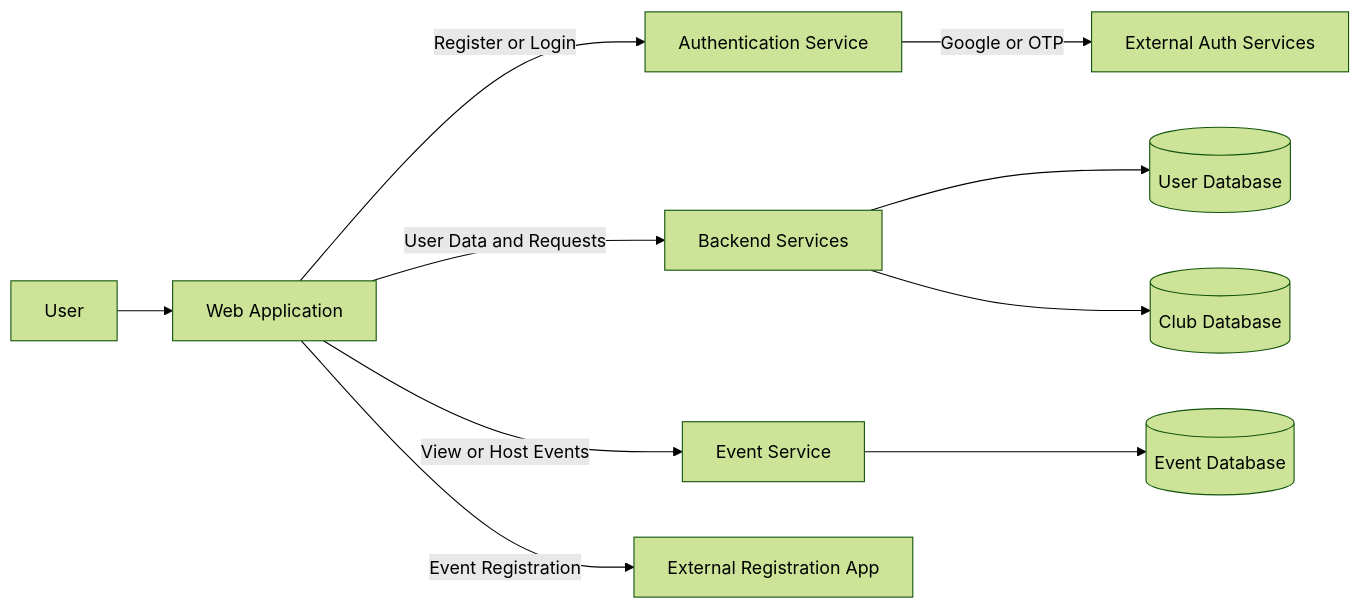
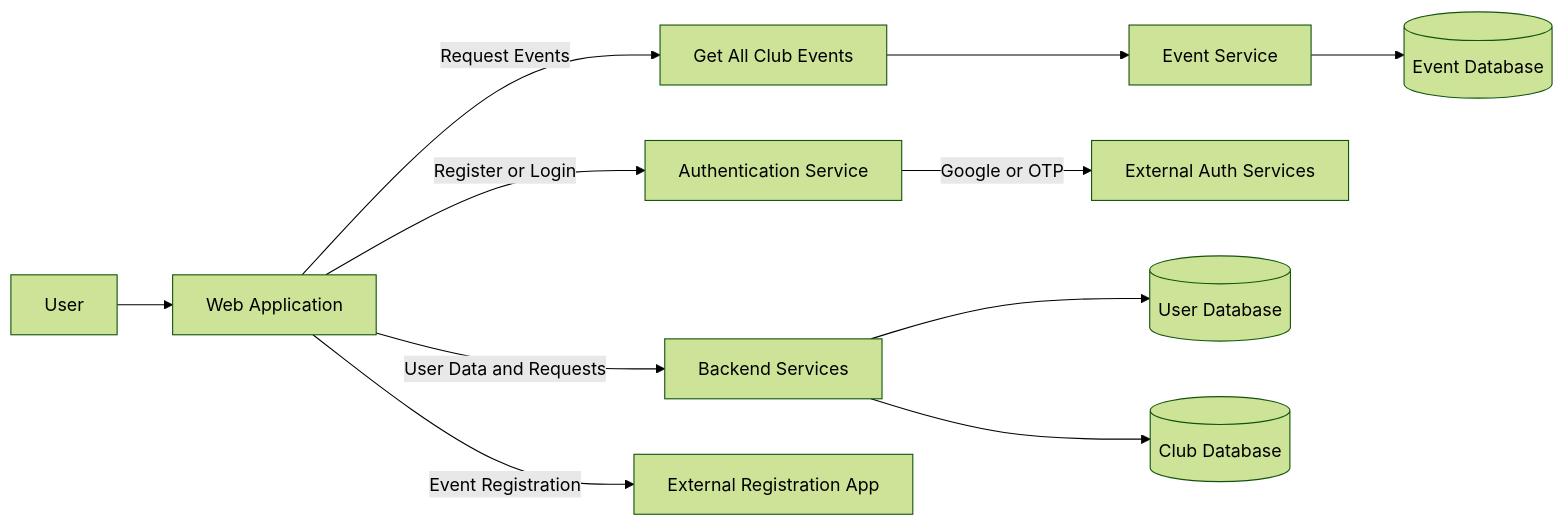
Before and after one commit to Ashutosh9906/dsa-collection: the diagram in README.md, drawn with Mermaid (forest theme).

Commit message:
Update README.md 4

````diff
--- a/README.md
+++ b/README.md
@@ -15,24 +15,26 @@
 ```mermaid
 flowchart LR
 
 User[User]
 WebApp[Web Application]
 
 User --> WebApp
 
 Auth[Authentication Service]
 Backend[Backend Services]
 Events[Event Service]
+GetEvents[Get All Club Events]
 
 WebApp -->|Register or Login| Auth
 Auth -->|Google or OTP| ExternalAuth[External Auth Services]
 
 WebApp -->|User Data and Requests| Backend
 Backend --> UserDB[(User Database)]
 Backend --> ClubDB[(Club Database)]
 
-WebApp -->|View or Host Events| Events
+WebApp -->|Request Events| GetEvents
+GetEvents --> Events
 Events --> EventDB[(Event Database)]
 
 WebApp -->|Event Registration| ExternalApp[External Registration App]
 ```
````
